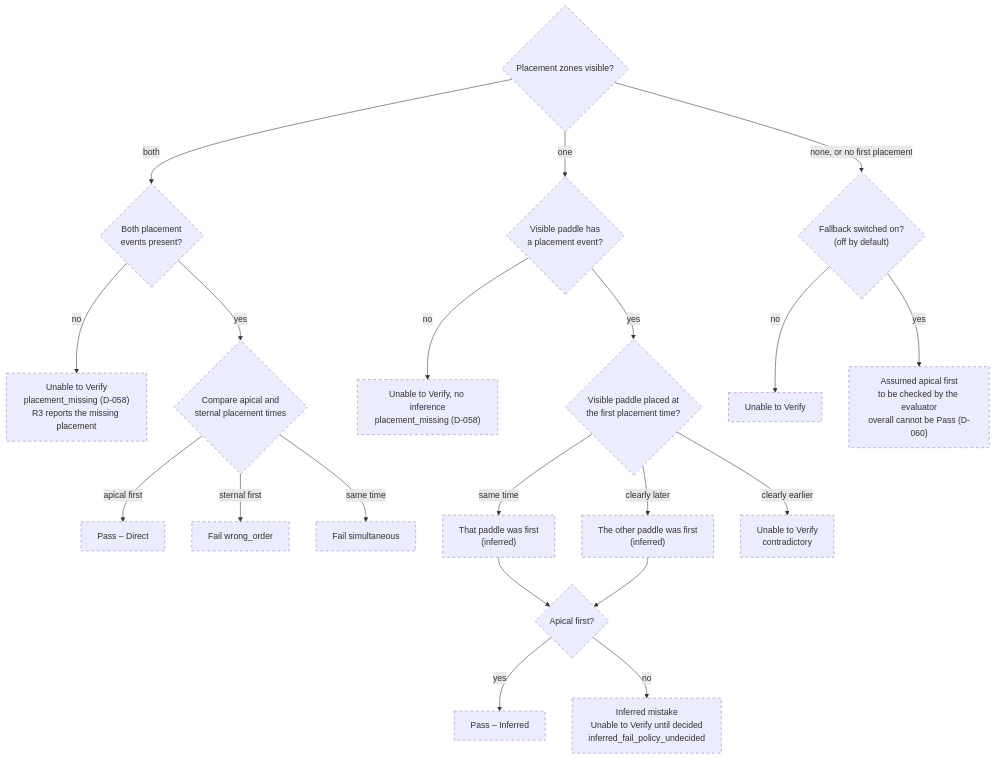
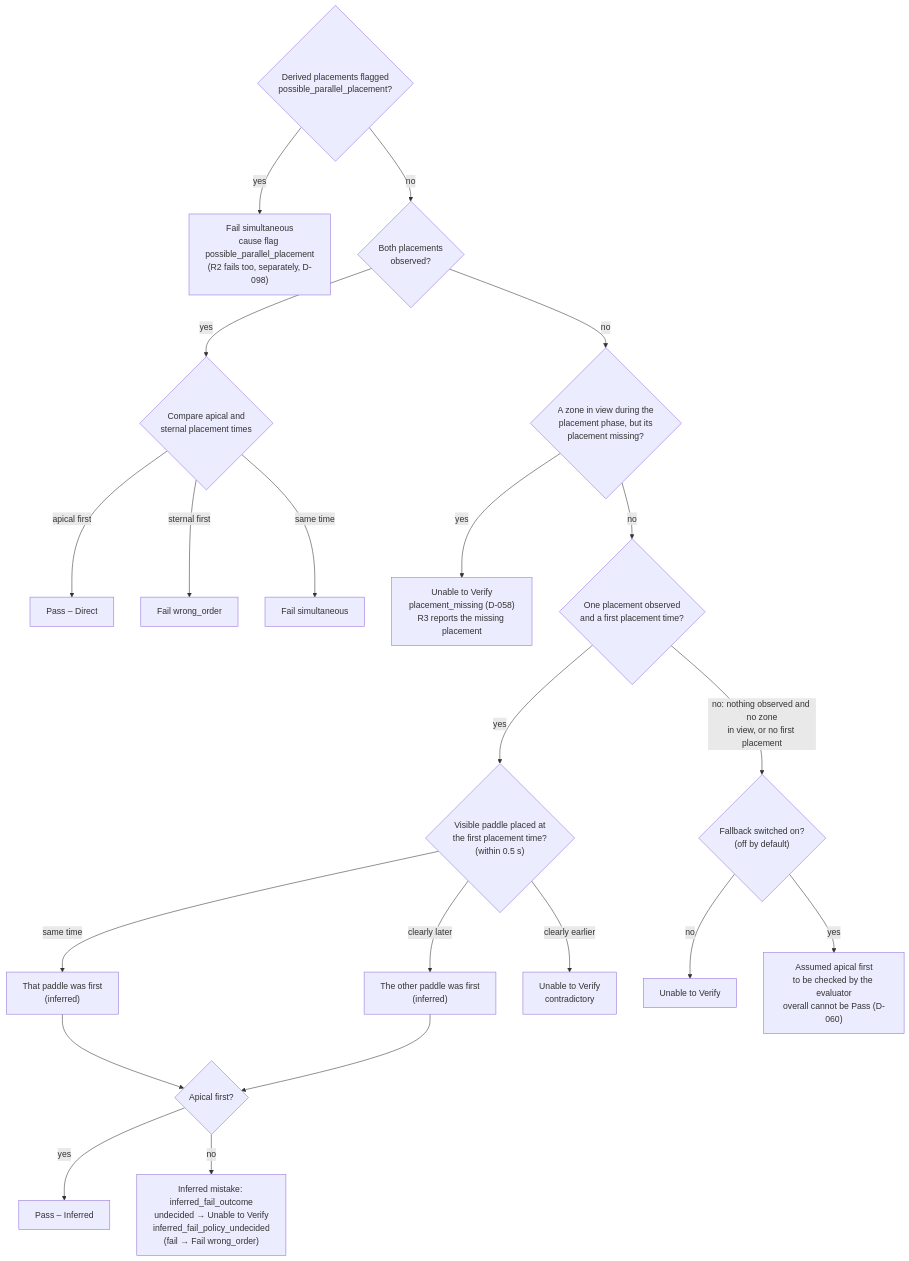
Before and after one commit to ananthu65/defibrillator_research: the seventh of 11 diagrams in docs/rule_engine/diagrams.md, drawn with Mermaid. The commit also changed other lines of this file and 15 other files, not shown here.

````diff
--- a/docs/rule_engine/diagrams.md
+++ b/docs/rule_engine/diagrams.md
@@ -148,24 +152,23 @@
 ```mermaid
 flowchart TD
-    Z{"Placement zones visible?"} -->|both| B2{"Both placement<br/>events present?"}
-    B2 -->|no| PM1["Unable to Verify<br/>placement_missing (D-058)<br/>R3 reports the missing placement"]
-    B2 -->|yes| D1{"Compare apical and<br/>sternal placement times"}
+    PP{"Derived placements flagged<br/>possible_parallel_placement?"} -->|yes| FP["Fail simultaneous<br/>cause flag possible_parallel_placement<br/>(R2 fails too, separately, D-098)"]
+    PP -->|no| BOTH{"Both placements<br/>observed?"}
+    BOTH -->|yes| D1{"Compare apical and<br/>sternal placement times"}
     D1 -->|apical first| P["Pass – Direct"]
     D1 -->|sternal first| F["Fail wrong_order"]
     D1 -->|same time| FS["Fail simultaneous"]
-    Z -->|one| V{"Visible paddle has<br/>a placement event?"}
-    V -->|no| PM2["Unable to Verify, no inference<br/>placement_missing (D-058)"]
-    V -->|yes| I{"Visible paddle placed at<br/>the first placement time?"}
+    BOTH -->|no| Z{"A zone in view during the<br/>placement phase, but its<br/>placement missing?"}
+    Z -->|yes| PM["Unable to Verify<br/>placement_missing (D-058)<br/>R3 reports the missing placement"]
+    Z -->|no| ONE{"One placement observed<br/>and a first placement time?"}
+    ONE -->|yes| I{"Visible paddle placed at<br/>the first placement time?<br/>(within 0.5 s)"}
     I -->|same time| W1["That paddle was first<br/>(inferred)"]
     I -->|clearly later| W2["The other paddle was first<br/>(inferred)"]
     I -->|clearly earlier| C["Unable to Verify<br/>contradictory"]
     W1 --> O{"Apical first?"}
     W2 --> O
     O -->|yes| PI["Pass – Inferred"]
-    O -->|no| IF["Inferred mistake<br/>Unable to Verify until decided<br/>inferred_fail_policy_undecided"]
-    Z -->|none, or no first placement| N{"Fallback switched on?<br/>(off by default)"}
+    O -->|no| IF["Inferred mistake: inferred_fail_outcome<br/>undecided → Unable to Verify<br/>inferred_fail_policy_undecided<br/>(fail → Fail wrong_order)"]
+    ONE -->|"no: nothing observed and no zone<br/>in view, or no first placement"| N{"Fallback switched on?<br/>(off by default)"}
     N -->|no| U["Unable to Verify"]
     N -->|yes| AS["Assumed apical first<br/>to be checked by the evaluator<br/>overall cannot be Pass (D-060)"]
-    classDef planned stroke-dasharray: 5 5
-    class Z,B2,PM1,D1,P,F,FS,V,PM2,I,W1,W2,C,O,PI,IF,N,U,AS planned
 ```
````
